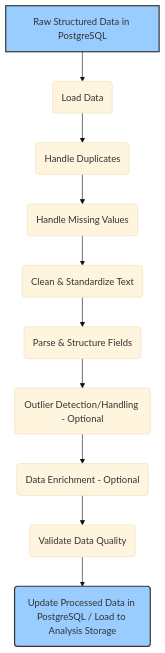
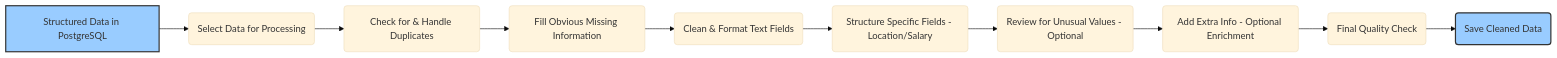
Before and after one commit to jryusuf/web_scraper: the diagram in project/docs/processing/workflow.md, drawn with Mermaid (base theme). The commit also changed other lines of this file and 14 other files, not shown here.

Commit message:
add graph and diagrams

````diff
--- a/project/docs/processing/workflow.md
+++ b/project/docs/processing/workflow.md
@@ -9,15 +9,15 @@
 ```mermaid
-graph TD
-    A[Raw Structured Data in PostgreSQL] --> B(Load Data);
-    B --> C(Handle Duplicates);
-    C --> D(Handle Missing Values);
-    D --> E(Clean & Standardize Text);
-    E --> F(Parse & Structure Fields);
-    F --> G(Outlier Detection/Handling - Optional);
-    G --> H(Data Enrichment - Optional);
-    H --> I(Validate Data Quality);
-    I --> J(Update Processed Data in PostgreSQL / Load to Analysis Storage);
+graph LR
+    A[Structured Data in PostgreSQL] --> B(Select Data for Processing);
+    B --> C(Check for & Handle Duplicates);
+    C --> D(Fill Obvious Missing Information);
+    D --> E(Clean & Format Text Fields);
+    E --> F(Structure Specific Fields - Location/Salary);
+    F --> G(Review for Unusual Values - Optional);
+    G --> H(Add Extra Info - Optional Enrichment);
+    H --> I(Final Quality Check);
+    I --> J(Save Cleaned Data);
 
     style A fill:#9cf,stroke:#333,stroke-width:2px
     style J fill:#9cf,stroke:#333,stroke-width:2px
 ```
````
